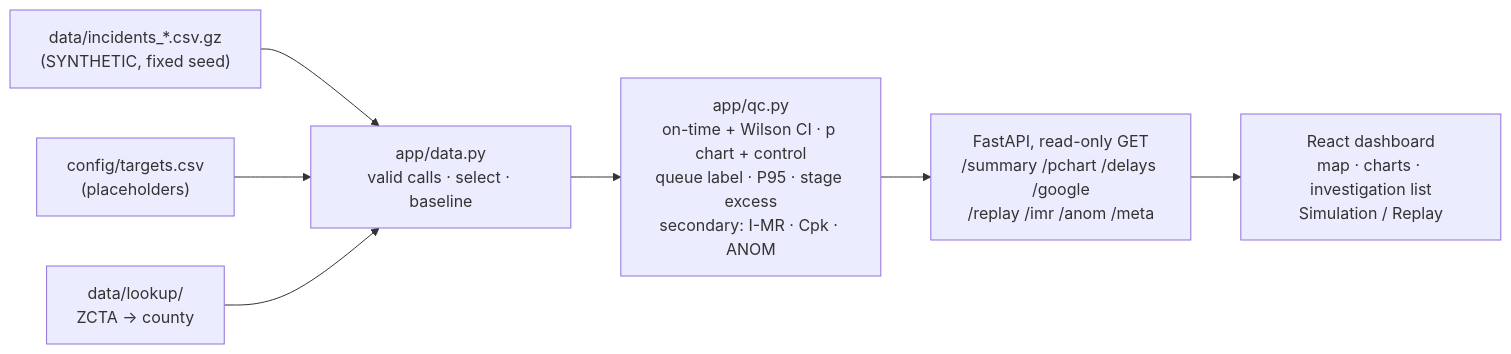
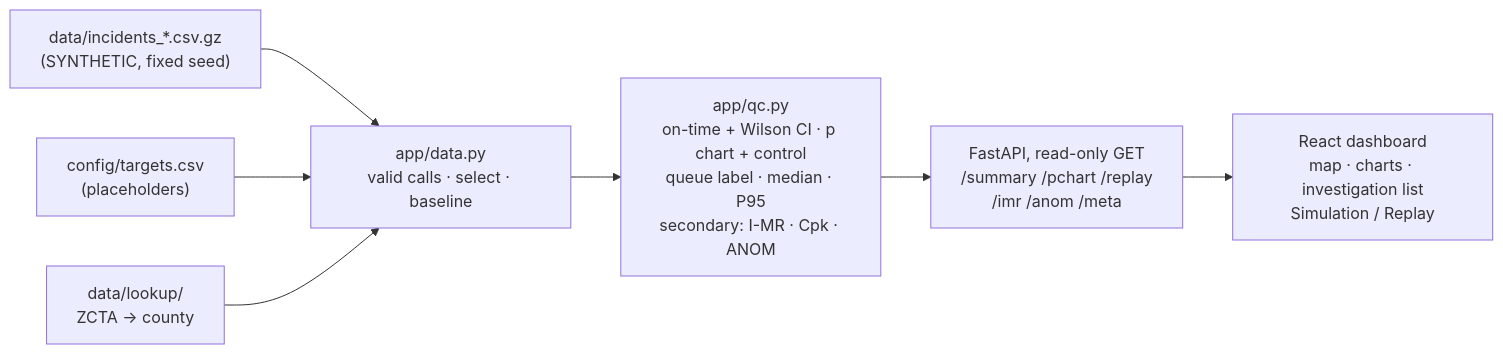
The diagram in README.md (allyannap/sixsigma), drawn with Mermaid before and after one commit. The commit also changed other lines of this file and 27 other files, not shown here.

````diff
--- a/README.md
+++ b/README.md
@@ -82,9 +76,9 @@
 ```mermaid
 flowchart LR
   csv["data/incidents_*.csv.gz<br>(SYNTHETIC, fixed seed)"] --> dl["app/data.py<br>valid calls · select · baseline"]
   tg["config/targets.csv<br>(placeholders)"] --> dl
   lk["data/lookup/<br>ZCTA → county"] --> dl
-  dl --> qc["app/qc.py<br>on-time + Wilson CI · p chart + control<br>queue label · P95 · stage excess<br>secondary: I-MR · Cpk · ANOM"]
-  qc --> api["FastAPI, read-only GET<br>/summary /pchart /delays /google<br>/replay /imr /anom /meta"]
+  dl --> qc["app/qc.py<br>on-time + Wilson CI · p chart + control<br>queue label · median · P95<br>secondary: I-MR · Cpk · ANOM"]
+  qc --> api["FastAPI, read-only GET<br>/summary /pchart /replay<br>/imr /anom /meta"]
   api --> ui["React dashboard<br>map · charts · investigation list<br>Simulation / Replay"]
 ```
````
